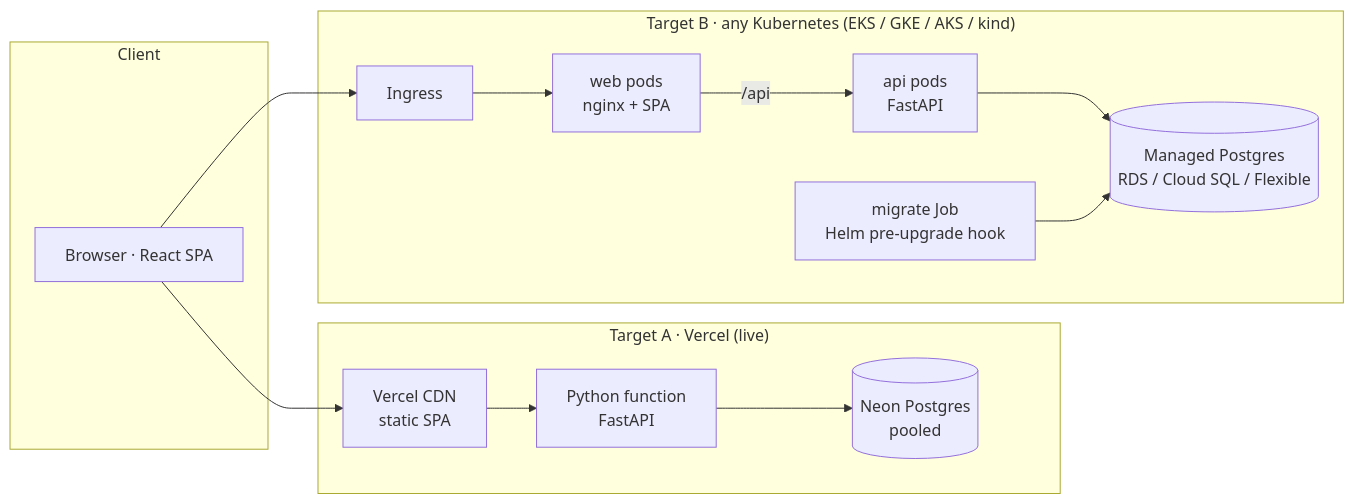
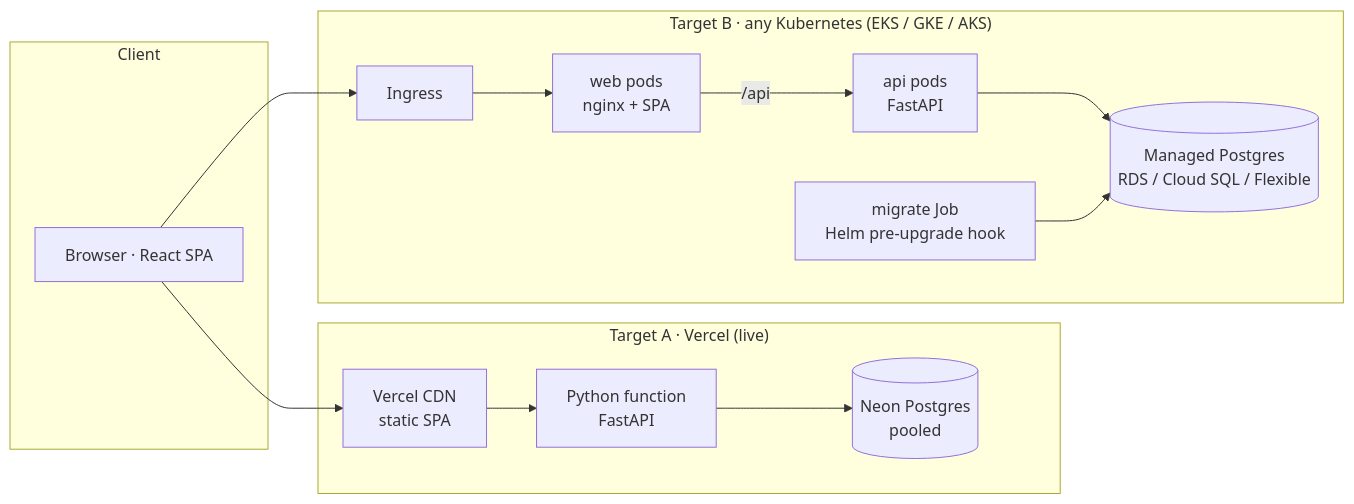
One commit to manojkumargogula/sparkboard changed the diagram in README.md. Above: the diagram before and after it, drawn with Mermaid. The commit also changed other lines of this file and 10 other files, not shown here.

````diff
--- a/README.md
+++ b/README.md
@@ -53,21 +53,21 @@
 ```mermaid
 flowchart LR
   subgraph Client
     B[Browser · React SPA]
   end
 
   subgraph Serverless["Target A · Vercel (live)"]
     CDN[Vercel CDN<br/>static SPA] --> FN[Python function<br/>FastAPI]
     FN --> NEON[(Neon Postgres<br/>pooled)]
   end
 
-  subgraph K8s["Target B · any Kubernetes (EKS / GKE / AKS / kind)"]
+  subgraph K8s["Target B · any Kubernetes (EKS / GKE / AKS)"]
     ING[Ingress] --> WEB[web pods<br/>nginx + SPA]
     WEB -->|/api| API[api pods<br/>FastAPI]
     API --> PG[(Managed Postgres<br/>RDS / Cloud SQL / Flexible)]
     JOB[migrate Job<br/>Helm pre-upgrade hook] --> PG
   end
 
   B --> CDN
   B --> ING
 ```
````
